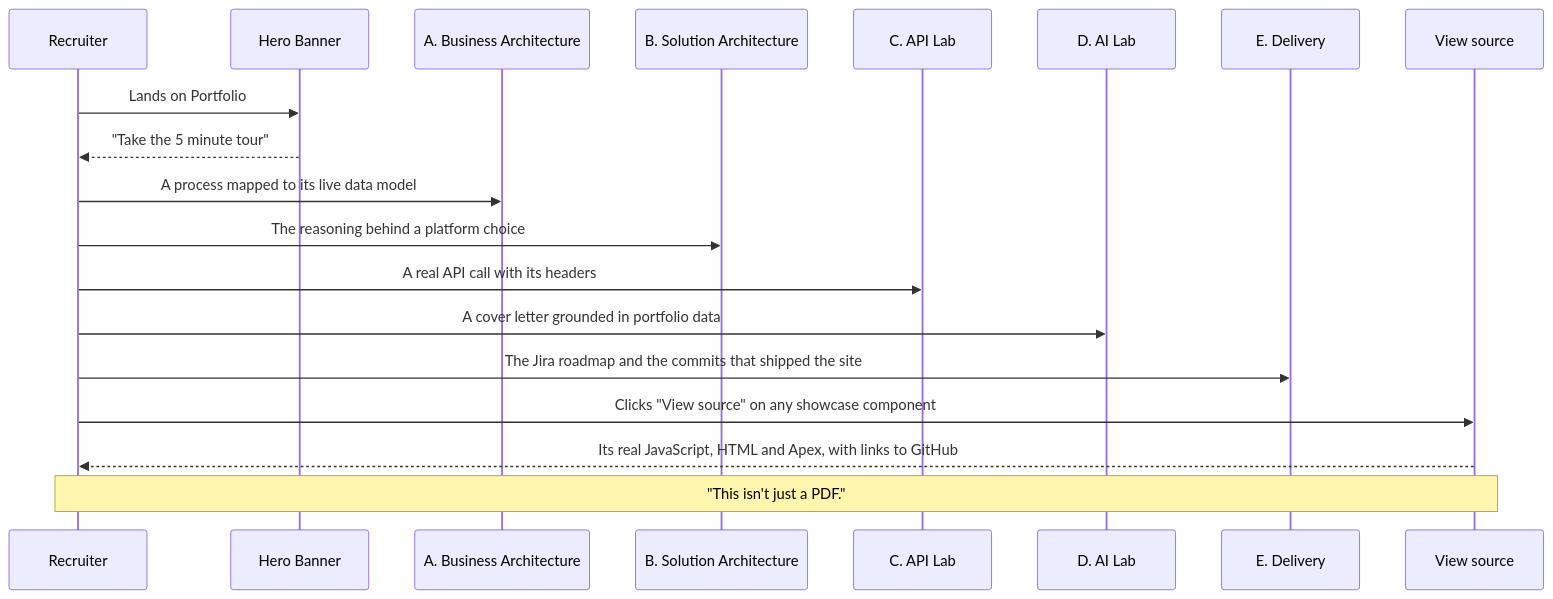
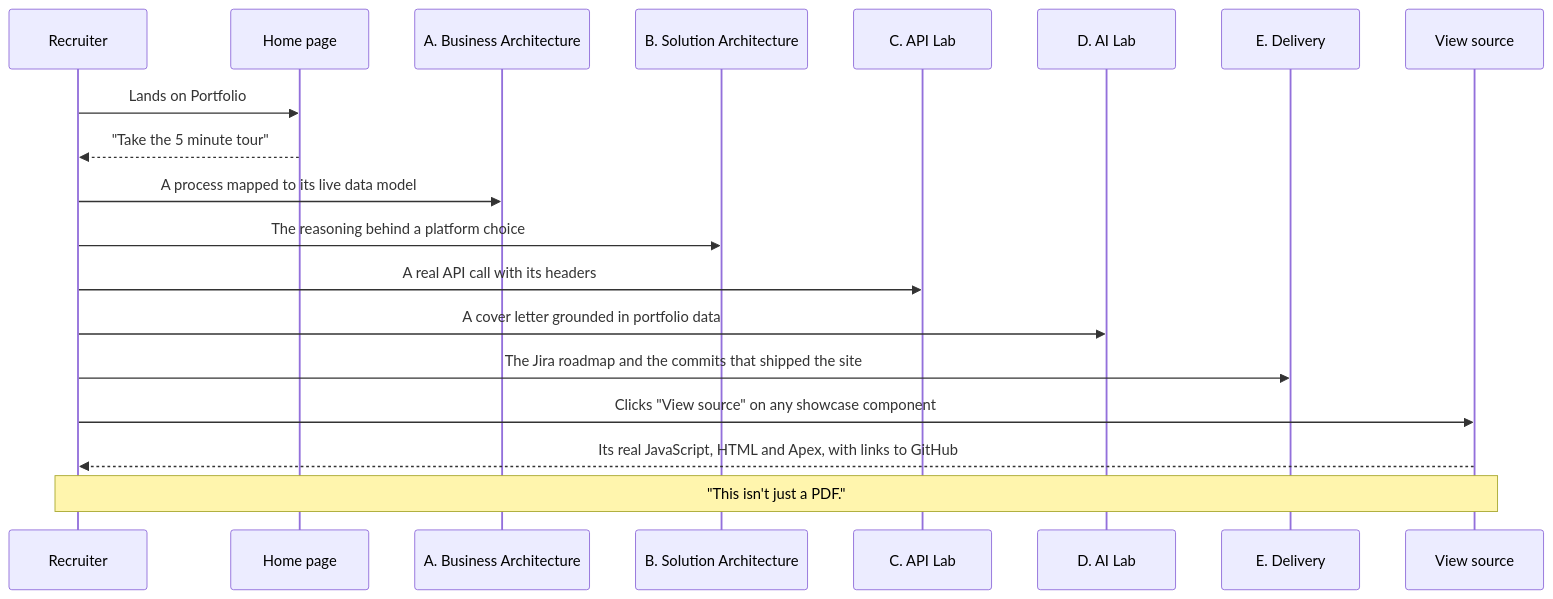
The diagram in docs/guides/01-Executive-Overview.md (rdbumstead/salesforce-platform-architect-portfolio), drawn with Mermaid before and after one commit. The commit also changed other lines of this file and 5 other files, not shown here.

Commit message:
docs(guides): describe the recruiter first home page, header, resume, graph and numbers panel as built

````diff
--- a/docs/guides/01-Executive-Overview.md
+++ b/docs/guides/01-Executive-Overview.md
@@ -53,22 +53,22 @@
 ```mermaid
 sequenceDiagram
     participant R as Recruiter
-    participant H as Hero Banner
+    participant H as Home page
     participant A as A. Business Architecture
     participant B as B. Solution Architecture
     participant C as C. API Lab
     participant D as D. AI Lab
     participant E as E. Delivery
     participant S as View source
 
     R->>H: Lands on Portfolio
     H-->>R: "Take the 5 minute tour"
     R->>A: A process mapped to its live data model
     R->>B: The reasoning behind a platform choice
     R->>C: A real API call with its headers
     R->>D: A cover letter grounded in portfolio data
     R->>E: The Jira roadmap and the commits that shipped the site
     R->>S: Clicks "View source" on any showcase component
     S-->>R: Its real JavaScript, HTML and Apex, with links to GitHub
     Note over R,S: "This isn't just a PDF."
 ```
````
